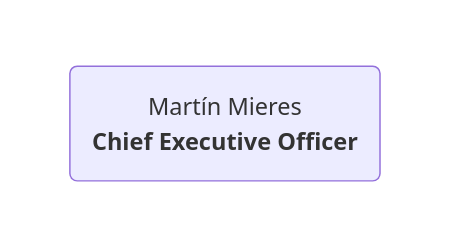
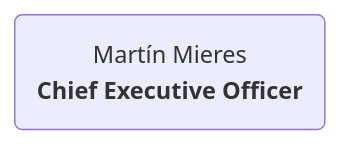
Before and after one commit to MiguelEstebanG/diagram: the diagram in ceo.md, drawn with Mermaid.

````diff
--- a/ceo.md
+++ b/ceo.md
@@ -1,11 +1,4 @@
 ```mermaid
 graph TB;
-
-  classDef departamento fill:none, stroke:none;
-
-  defCEO:::departamento;
-
-  subgraph defCEO[ ]
     ceo(Martín Mieres <br><b> Chief Executive Officer </b></br>);
-  end
 ```
````
